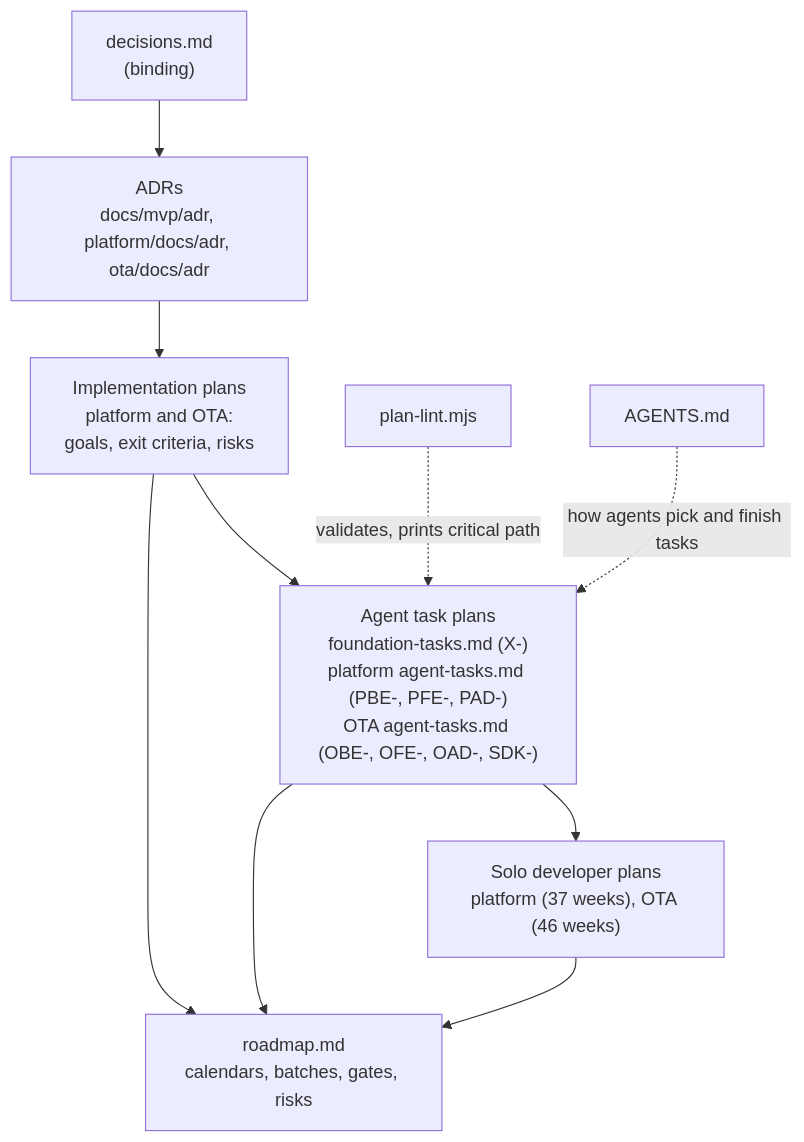
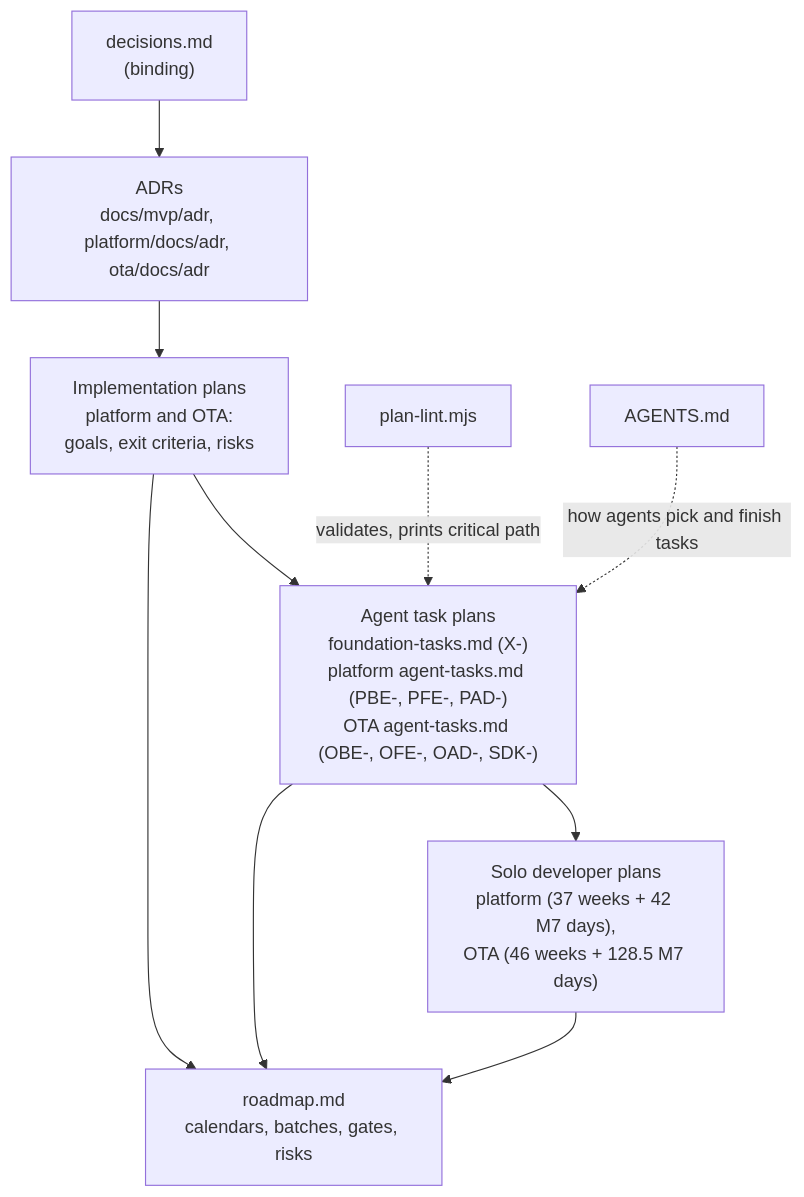
Before and after one commit to bhagwati-prasad/velexis-ota: the diagram in docs/mvp/plans/README.md, drawn with Mermaid. The commit also changed other lines of this file and 35 other files, not shown here.

````diff
--- a/docs/mvp/plans/README.md
+++ b/docs/mvp/plans/README.md
@@ -23,12 +23,12 @@
 ```mermaid
 flowchart TD
   D["decisions.md<br/>(binding)"] --> A["ADRs<br/>docs/mvp/adr, platform/docs/adr, ota/docs/adr"]
   A --> IP["Implementation plans<br/>platform and OTA:<br/>goals, exit criteria, risks"]
   IP --> AT["Agent task plans<br/>foundation-tasks.md (X-)<br/>platform agent-tasks.md (PBE-, PFE-, PAD-)<br/>OTA agent-tasks.md (OBE-, OFE-, OAD-, SDK-)"]
-  AT --> SP["Solo developer plans<br/>platform (37 weeks), OTA (46 weeks)"]
+  AT --> SP["Solo developer plans<br/>platform (37 weeks + 42 M7 days),<br/>OTA (46 weeks + 128.5 M7 days)"]
   AT --> R["roadmap.md<br/>calendars, batches, gates, risks"]
   IP --> R
   SP --> R
   L["plan-lint.mjs"] -. validates, prints critical path .-> AT
   AG["AGENTS.md"] -. how agents pick and finish tasks .-> AT
 ```
````
